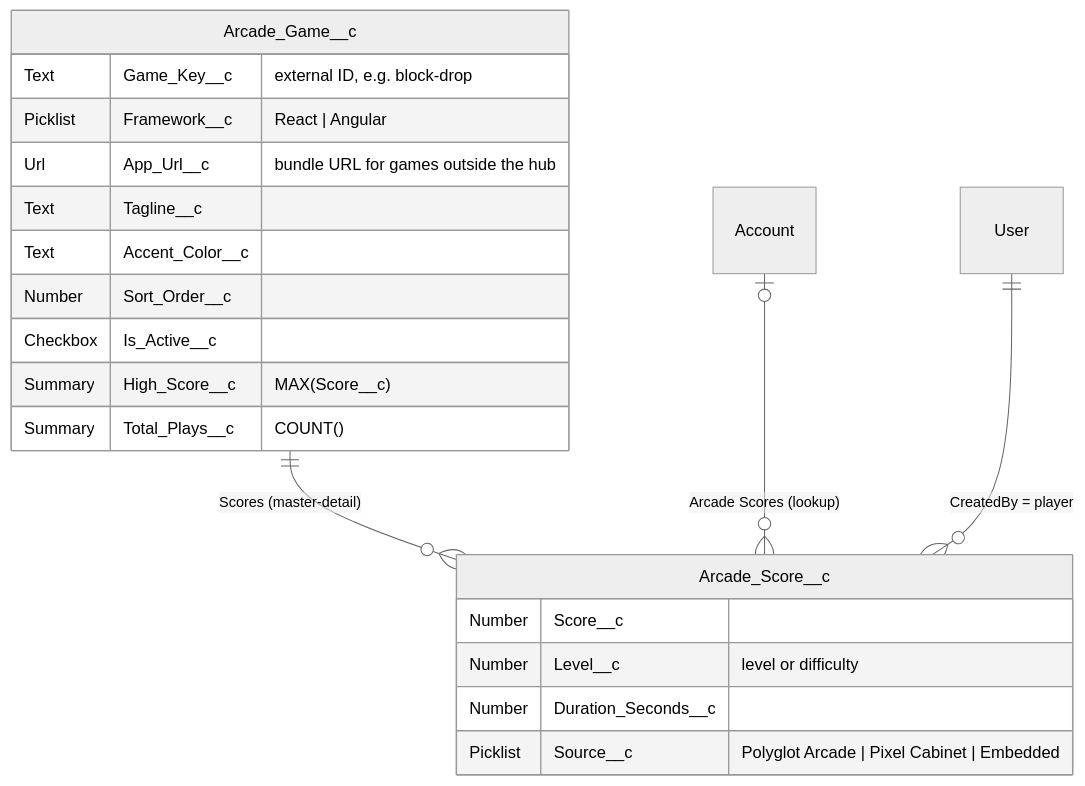
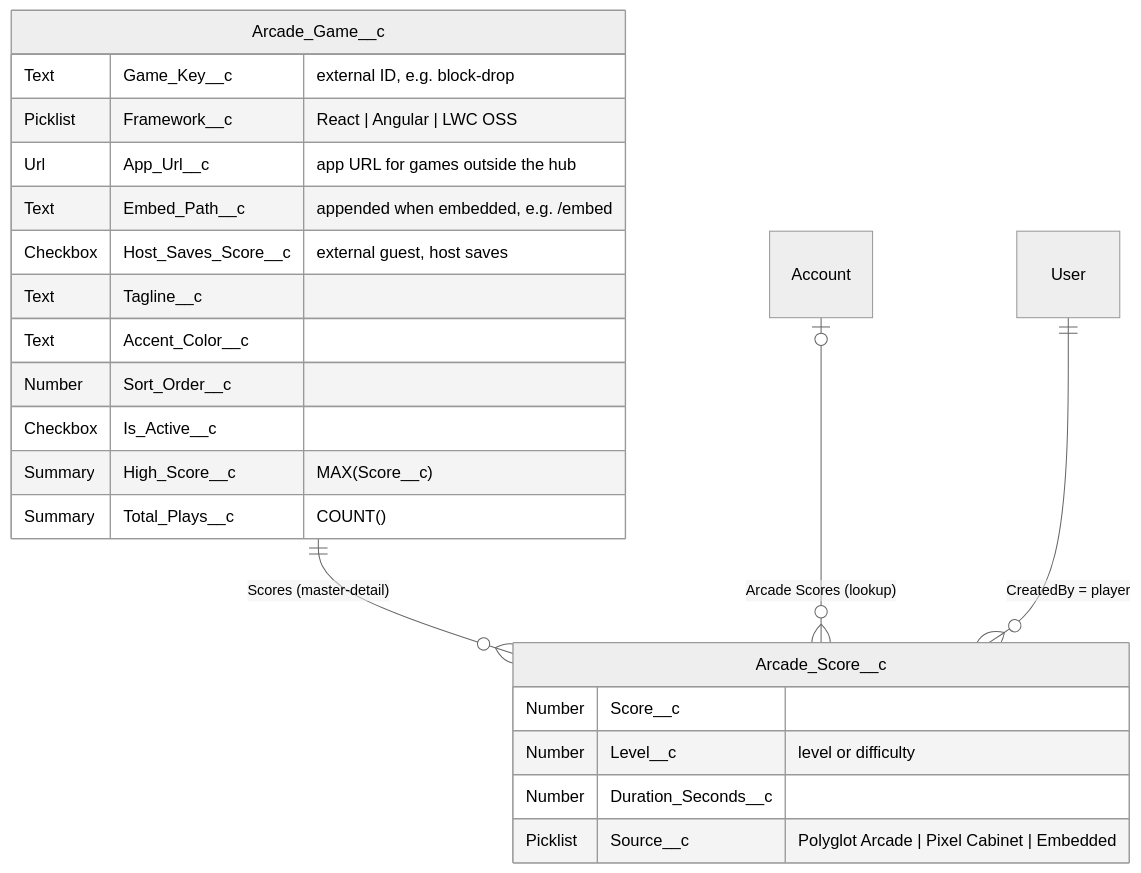
One commit to svierk/polyglot-arcade changed the fourth of 4 diagrams in README.md. Above: the diagram before and after it, drawn with Mermaid (neutral theme). The commit also changed other lines of this file and 44 other files, not shown here.

First line of the commit message:
feat(snake): embed the lwc oss snake as an externally hosted microfrontend (#11)

````diff
--- a/README.md
+++ b/README.md
@@ -113,23 +148,25 @@
 ```mermaid
 erDiagram
     Arcade_Game__c ||--o{ Arcade_Score__c : "Scores (master-detail)"
     Account |o--o{ Arcade_Score__c : "Arcade Scores (lookup)"
     User ||--o{ Arcade_Score__c : "CreatedBy = player"
     Arcade_Game__c {
         Text Game_Key__c "external ID, e.g. block-drop"
-        Picklist Framework__c "React | Angular"
-        Url App_Url__c "bundle URL for games outside the hub"
+        Picklist Framework__c "React | Angular | LWC OSS"
+        Url App_Url__c "app URL for games outside the hub"
+        Text Embed_Path__c "appended when embedded, e.g. /embed"
+        Checkbox Host_Saves_Score__c "external guest, host saves"
         Text Tagline__c
         Text Accent_Color__c
         Number Sort_Order__c
         Checkbox Is_Active__c
         Summary High_Score__c "MAX(Score__c)"
         Summary Total_Plays__c "COUNT()"
     }
     Arcade_Score__c {
         Number Score__c
         Number Level__c "level or difficulty"
         Number Duration_Seconds__c
         Picklist Source__c "Polyglot Arcade | Pixel Cabinet | Embedded"
     }
 ```
````
